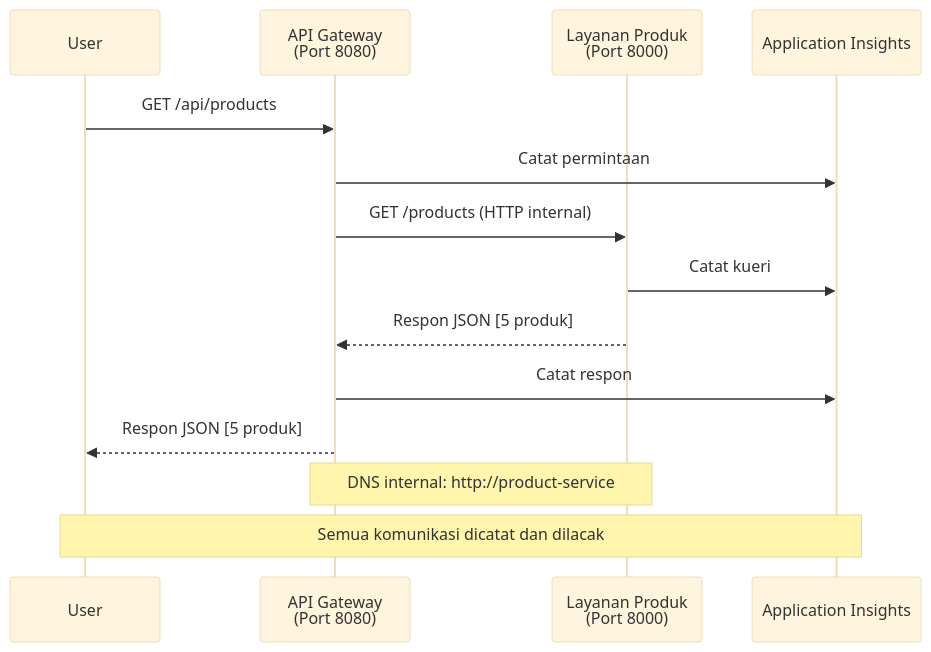
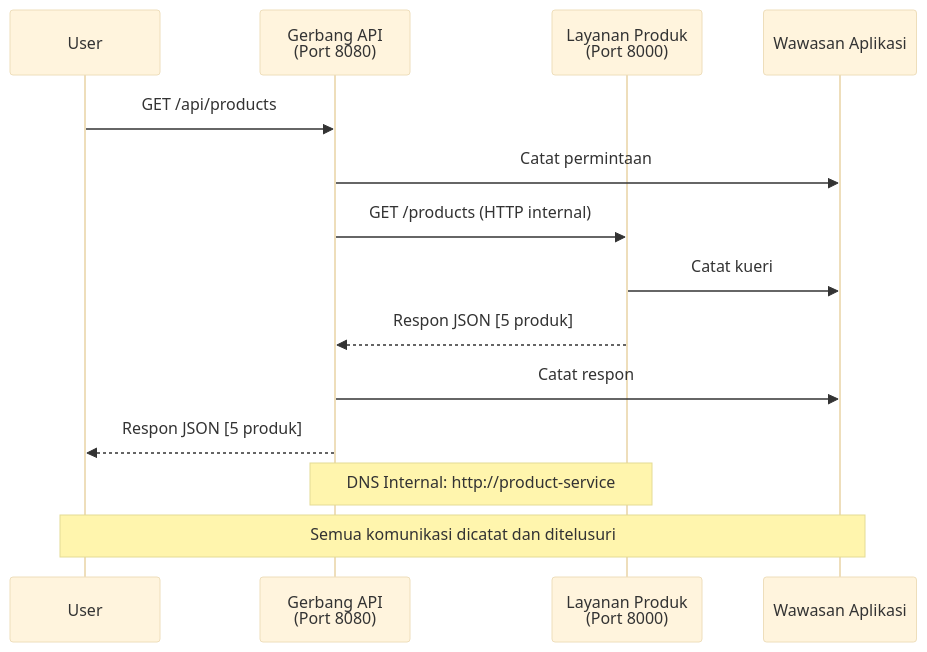
Before and after one commit to microsoft/AZD-for-beginners: the fourth of 4 diagrams in translations/id/examples/microservices/README.md, drawn with Mermaid (base theme). The commit also changed other lines of this file and 242 other files, not shown here.

````diff
--- a/translations/id/examples/microservices/README.md
+++ b/translations/id/examples/microservices/README.md
@@ -432,18 +423,18 @@
 ```mermaid
 sequenceDiagram
     participant User
-    participant Gateway as API Gateway<br/>(Port 8080)
+    participant Gateway as Gerbang API<br/>(Port 8080)
     participant Product as Layanan Produk<br/>(Port 8000)
-    participant AI as Application Insights
+    participant AI as Wawasan Aplikasi
     
     User->>Gateway: GET /api/products
     Gateway->>AI: Catat permintaan
     Gateway->>Product: GET /products (HTTP internal)
     Product->>AI: Catat kueri
     Product-->>Gateway: Respon JSON [5 produk]
     Gateway->>AI: Catat respon
     Gateway-->>User: Respon JSON [5 produk]
     
-    Note over Gateway,Product: DNS internal: http://product-service
-    Note over User,AI: Semua komunikasi dicatat dan dilacak
+    Note over Gateway,Product: DNS Internal: http://product-service
+    Note over User,AI: Semua komunikasi dicatat dan ditelusuri
 ```
````
